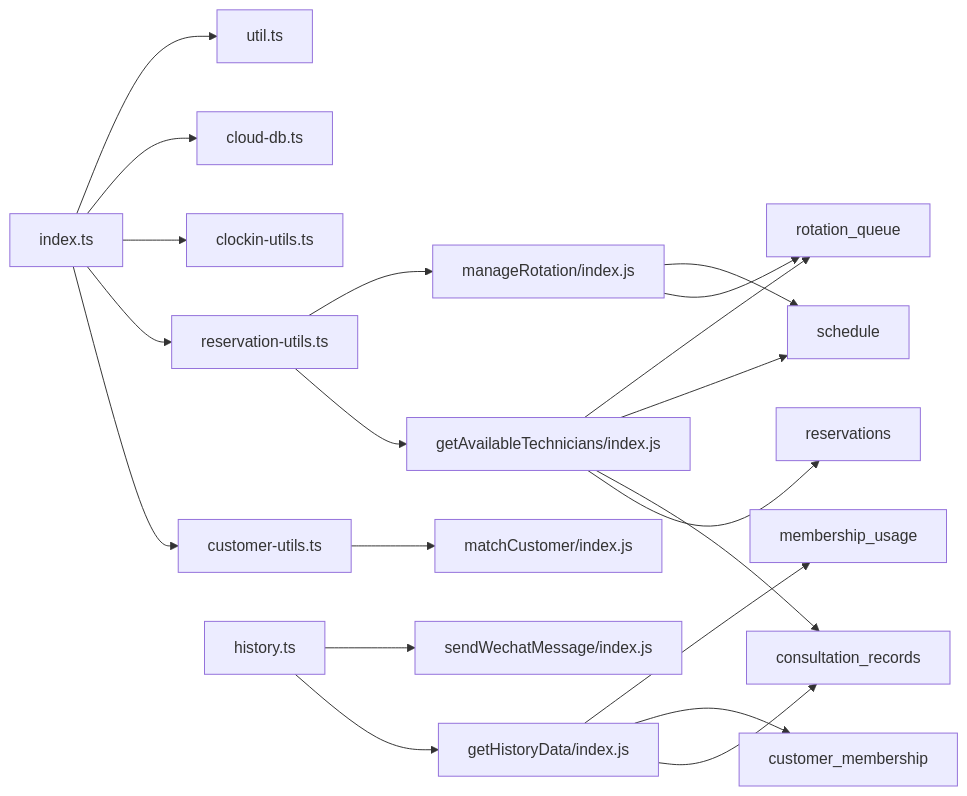
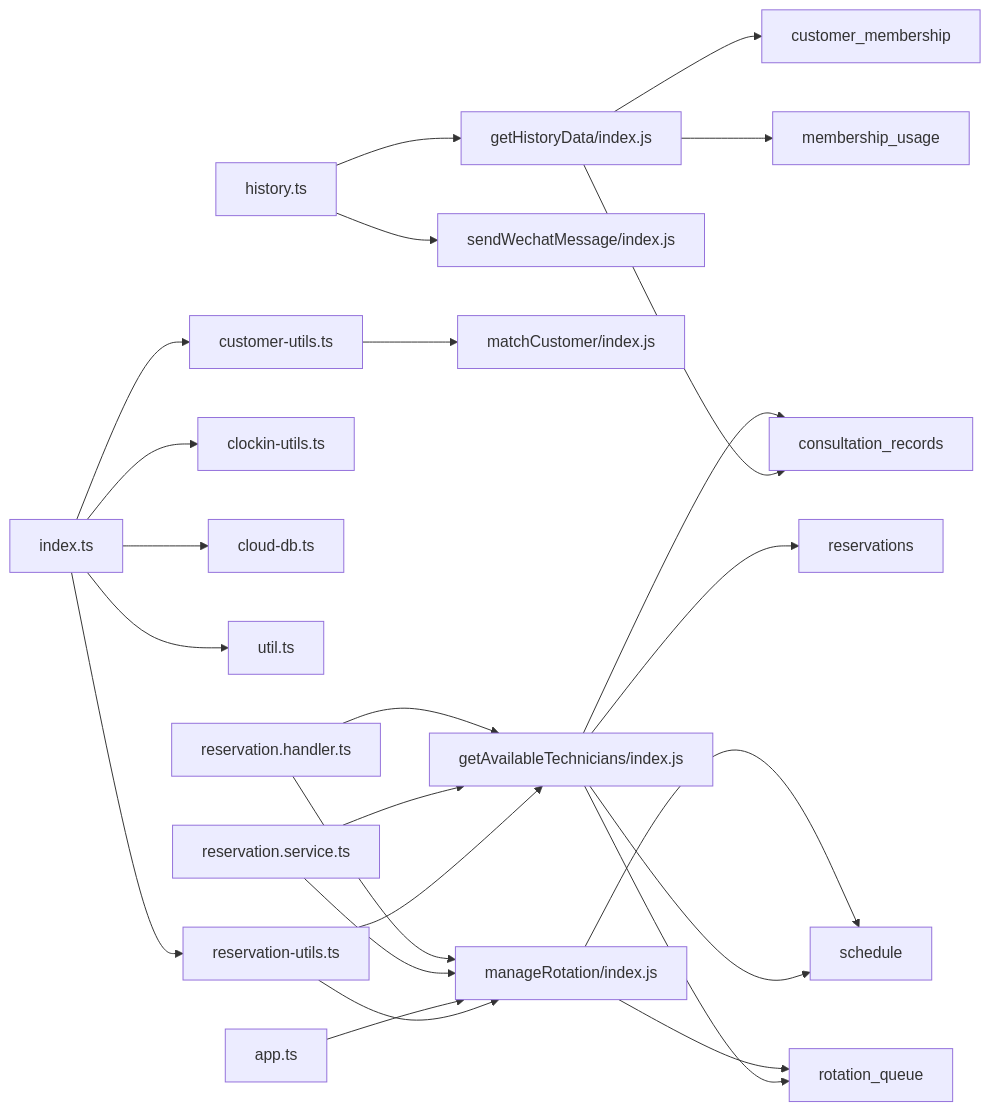
Before and after one commit to xwHoward/padoo-consulation-printer: diagram 12 of 12 in .qoder/repowiki/zh/content/预约管理系统/预约管理系统.md, drawn with Mermaid. The commit also changed other lines of this file and 15 other files, not shown here.

````diff
--- a/.qoder/repowiki/zh/content/预约管理系统/预约管理系统.md
+++ b/.qoder/repowiki/zh/content/预约管理系统/预约管理系统.md
@@ -487,22 +544,27 @@
 ```mermaid
 graph LR
 index_ts["index.ts"] --> customer_utils["customer-utils.ts"]
 index_ts --> reservation_utils["reservation-utils.ts"]
 index_ts --> clockin_utils["clockin-utils.ts"]
 index_ts --> cloud_db["cloud-db.ts"]
 index_ts --> util_ts["util.ts"]
 history_ts["history.ts"] --> getHistoryData_js["getHistoryData/index.js"]
 history_ts --> sendWechatMessage_js["sendWechatMessage/index.js"]
 customer_utils --> matchCustomer_js["matchCustomer/index.js"]
 reservation_utils --> getAvailableTechnicians_js["getAvailableTechnicians/index.js"]
 reservation_utils --> manageRotation_js["manageRotation/index.js"]
 getHistoryData_js --> consultation_records["consultation_records"]
 getHistoryData_js --> customer_membership["customer_membership"]
 getHistoryData_js --> membership_usage["membership_usage"]
 getAvailableTechnicians_js --> reservations["reservations"]
 getAvailableTechnicians_js --> consultation_records
 getAvailableTechnicians_js --> schedule["schedule"]
 getAvailableTechnicians_js --> rotation_queue["rotation_queue"]
 manageRotation_js --> rotation_queue
 manageRotation_js --> schedule
+app_ts["app.ts"] --> manageRotation_js
+reservation_service["reservation.service.ts"] --> manageRotation_js
+reservation_service --> getAvailableTechnicians_js
+reservation_handler["reservation.handler.ts"] --> manageRotation_js
+reservation_handler --> getAvailableTechnicians_js
 ```
````
